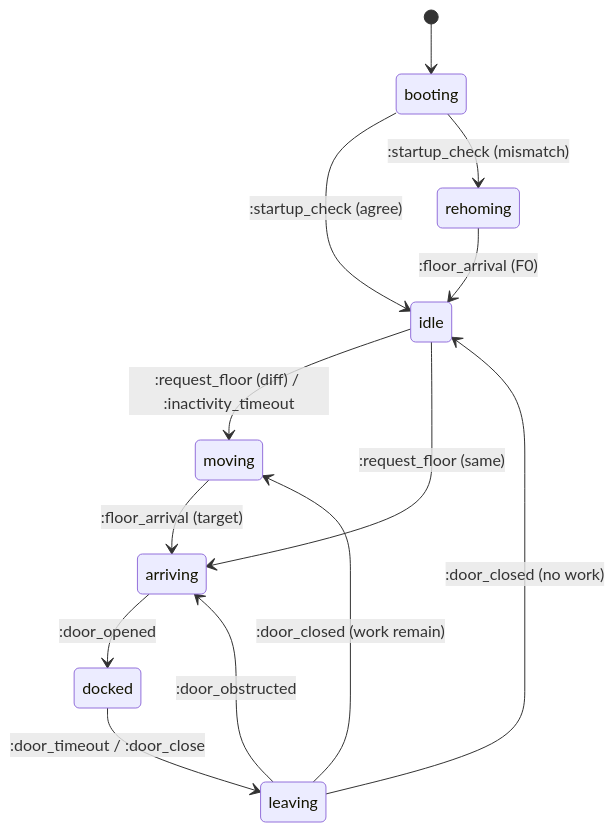
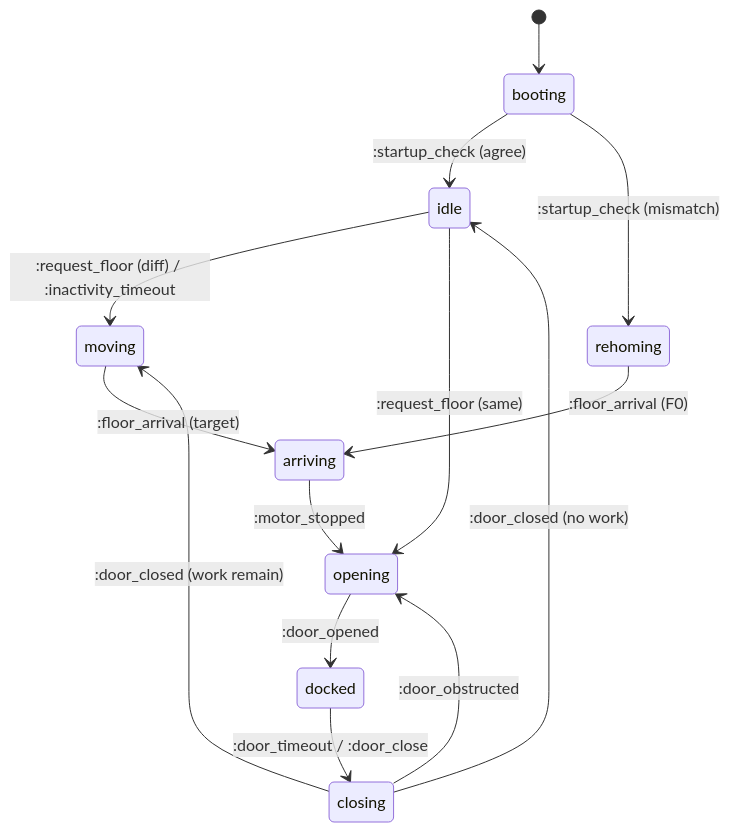
Before and after one commit to alesch/elevator: the diagram in doc/states.md, drawn with Mermaid. The commit also changed other lines of this file, not shown here.

Commit message:
States opening and closing added.

````diff
--- a/doc/states.md
+++ b/doc/states.md
@@ -70,22 +70,24 @@
 ```mermaid
 stateDiagram-v2
     [*] --> booting
     
     booting --> idle : :startup_check (agree)
     booting --> rehoming : :startup_check (mismatch)
     
-    rehoming --> idle : :floor_arrival (F0)
+    rehoming --> arriving : :floor_arrival (F0)
     
     idle --> moving : :request_floor (diff) / :inactivity_timeout
-    idle --> arriving : :request_floor (same)
+    idle --> opening : :request_floor (same)
     
     moving --> arriving : :floor_arrival (target)
     
-    arriving --> docked : :door_opened
+    arriving --> opening : :motor_stopped
     
-    docked --> leaving : :door_timeout / :door_close
+    opening --> docked : :door_opened
     
-    leaving --> moving : :door_closed (work remain)
-    leaving --> idle : :door_closed (no work)
-    leaving --> arriving : :door_obstructed
+    docked --> closing : :door_timeout / :door_close
+    
+    closing --> moving : :door_closed (work remain)
+    closing --> idle : :door_closed (no work)
+    closing --> opening : :door_obstructed
 ```
````
